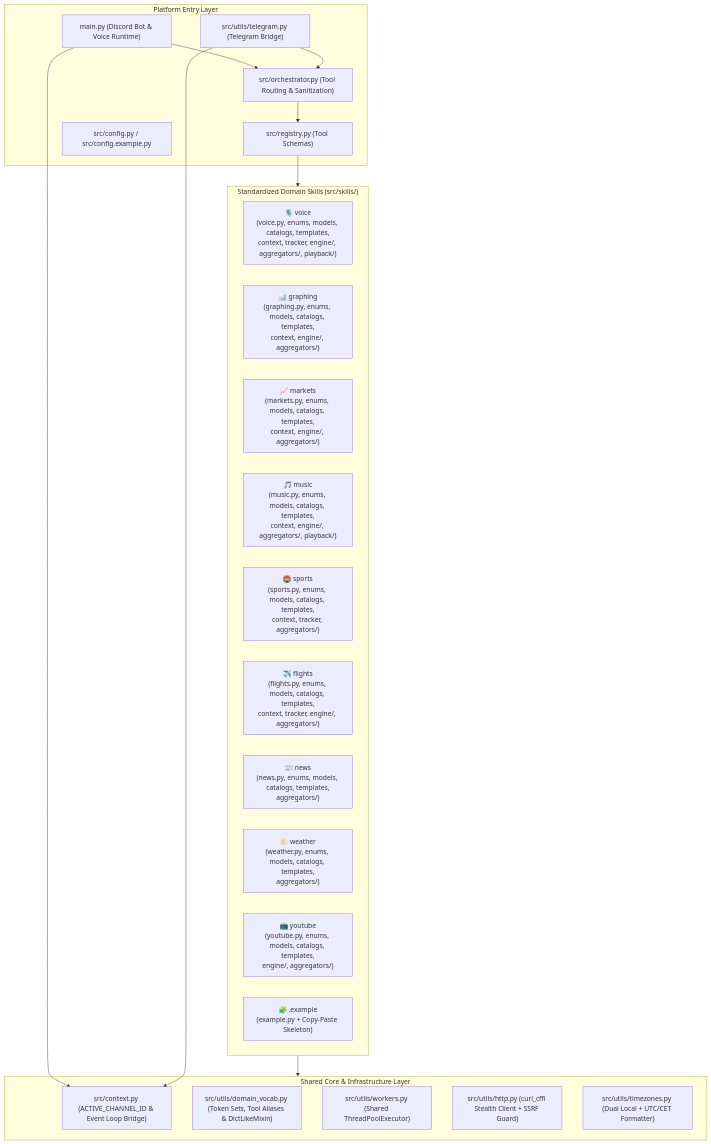
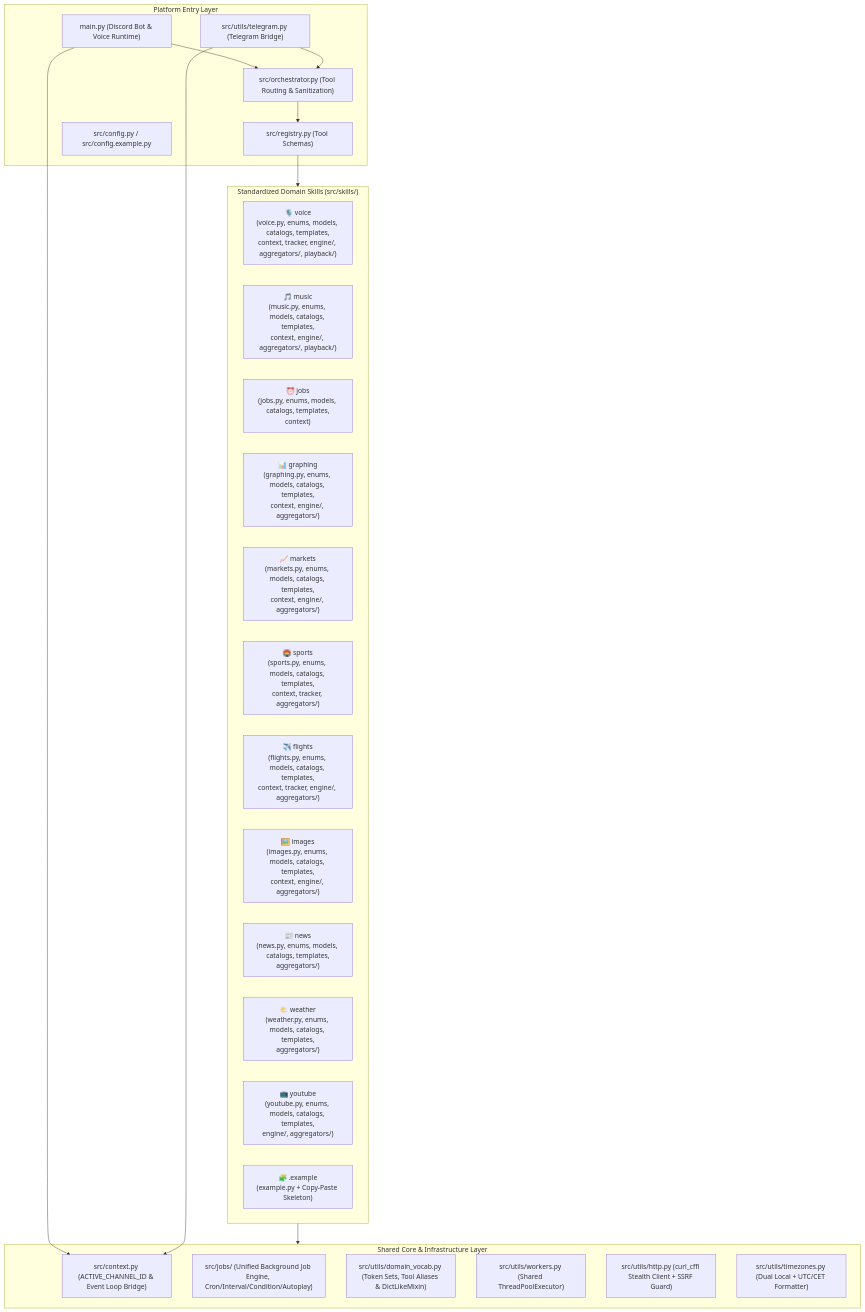
One commit to ElvisHalil/discord-bot changed the diagram in README.md. Above: the diagram before and after it, drawn with Mermaid. The commit also changed other lines of this file and 1 other file, not shown here.

Commit message:
docs: update README and CONTRIBUTING with voice music streaming, ytmusicapi radio, job engine, and vision search

````diff
--- a/README.md
+++ b/README.md
@@ -28,39 +29,42 @@
 ```mermaid
 flowchart TD
     subgraph Entry["Platform Entry Layer"]
         MAIN["main.py (Discord Bot & Voice Runtime)"]
         TG["src/utils/telegram.py (Telegram Bridge)"]
         ORCH["src/orchestrator.py (Tool Routing & Sanitization)"]
         REG["src/registry.py (Tool Schemas)"]
         CFG["src/config.py / src/config.example.py"]
     end
 
     subgraph Core["Shared Core & Infrastructure Layer"]
         CTX["src/context.py (ACTIVE_CHANNEL_ID & Event Loop Bridge)"]
+        JOB["src/jobs/ (Unified Background Job Engine, Cron/Interval/Condition/Autoplay)"]
         VOCAB["src/utils/domain_vocab.py (Token Sets, Tool Aliases & DictLikeMixin)"]
         WRK["src/utils/workers.py (Shared ThreadPoolExecutor)"]
         HTTP["src/utils/http.py (curl_cffi Stealth Client + SSRF Guard)"]
         TZ["src/utils/timezones.py (Dual Local + UTC/CET Formatter)"]
     end
 
     subgraph Skills["Standardized Domain Skills (src/skills/)"]
         VCE["🎙️ voice\n(voice.py, enums, models, catalogs, templates,\ncontext, tracker, engine/, aggregators/, playback/)"]
+        MUS["🎵 music\n(music.py, enums, models, catalogs, templates,\ncontext, engine/, aggregators/, playback/)"]
+        JBS["⏰ jobs\n(jobs.py, enums, models, catalogs, templates,\ncontext)"]
         GRP["📊 graphing\n(graphing.py, enums, models, catalogs, templates,\ncontext, engine/, aggregators/)"]
         MKT["📈 markets\n(markets.py, enums, models, catalogs, templates,\ncontext, engine/, aggregators/)"]
-        MUS["🎵 music\n(music.py, enums, models, catalogs, templates,\ncontext, engine/, aggregators/, playback/)"]
         SPT["🏟️ sports\n(sports.py, enums, models, catalogs, templates,\ncontext, tracker, aggregators/)"]
         FLT["✈️ flights\n(flights.py, enums, models, catalogs, templates,\ncontext, tracker, engine/, aggregators/)"]
+        IMG["🖼️ images\n(images.py, enums, models, catalogs, templates,\ncontext, engine/, aggregators/)"]
         NWS["📰 news\n(news.py, enums, models, catalogs, templates,\naggregators/)"]
         WTH["🌤️ weather\n(weather.py, enums, models, catalogs, templates,\naggregators/)"]
         YT["📺 youtube\n(youtube.py, enums, models, catalogs, templates,\nengine/, aggregators/)"]
         EX["🧩 .example\n(example.py + Copy-Paste Skeleton)"]
     end
 
     MAIN --> ORCH
     TG --> ORCH
     MAIN --> CTX
     TG --> CTX
     ORCH --> REG
     REG --> Skills
     Skills --> Core
 ```
````
